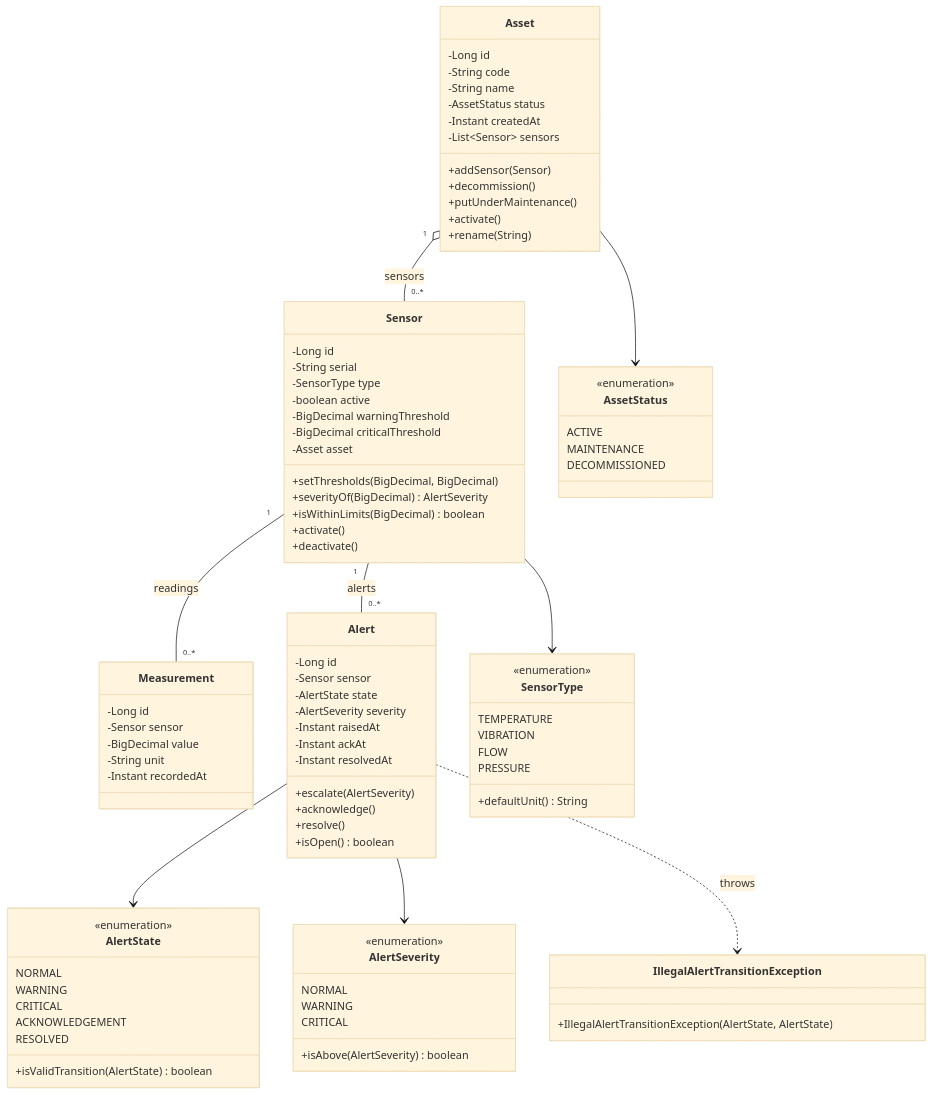
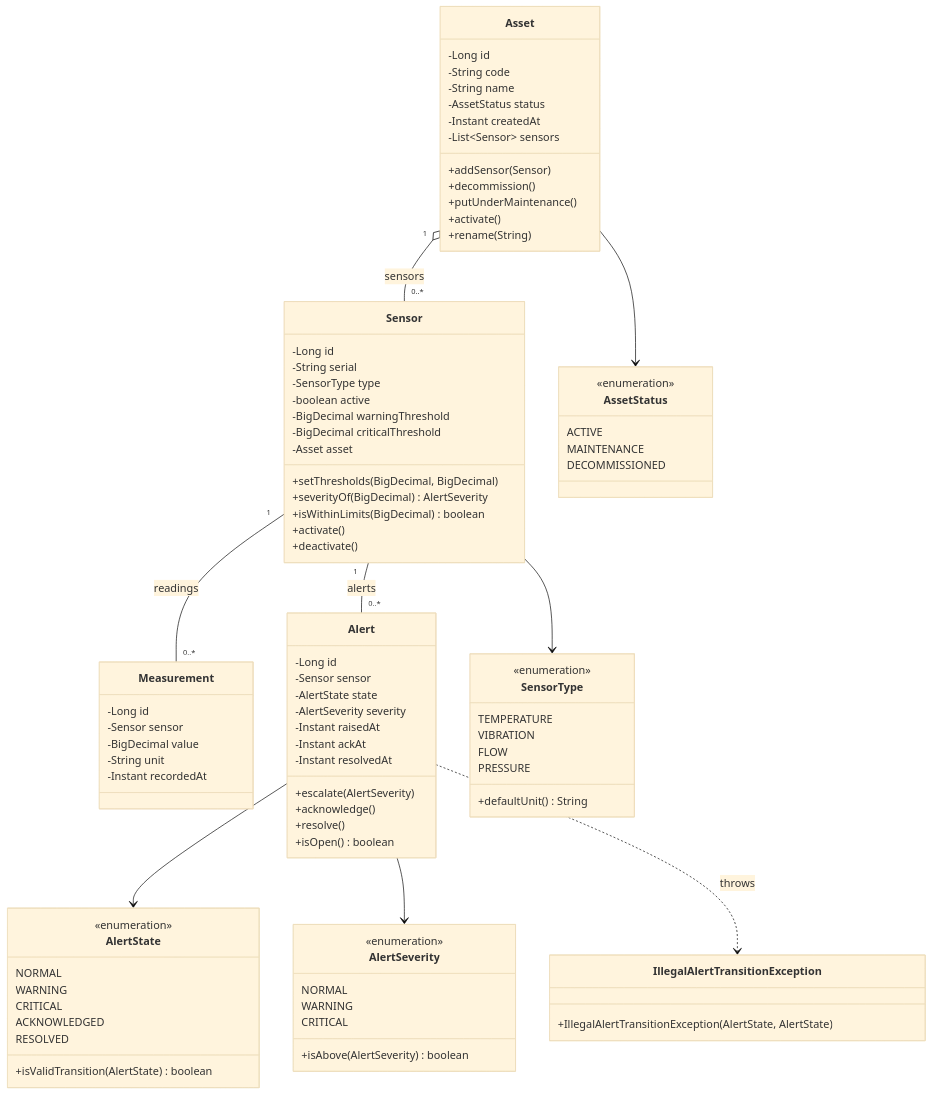
Before and after one commit to alisha971/asset-monitoring-api: the first of 2 diagrams in docs/domain_model.md, drawn with Mermaid (base theme). The commit also changed other lines of this file and 2 other files, not shown here.

```diff
--- a/docs/domain_model.md
+++ b/docs/domain_model.md
@@ -93,7 +93,7 @@
         NORMAL
         WARNING
         CRITICAL
-        ACKNOWLEDGEMENT
+        ACKNOWLEDGED
         RESOLVED
         +isValidTransition(AlertState) boolean
     }
```
